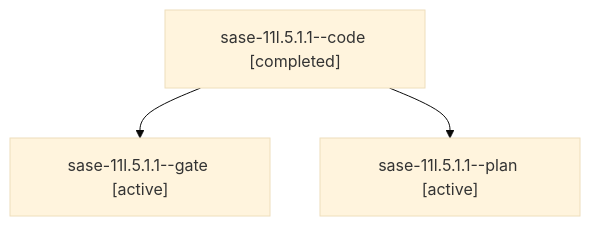
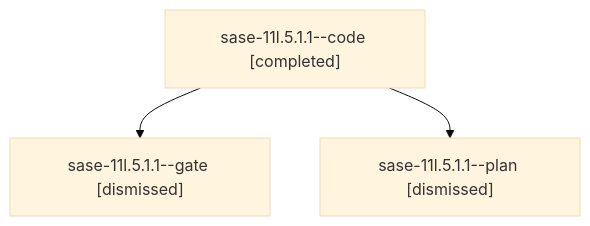
The diagram in sessions/bbugyi200.athena.sase-11l.5.1.1.md (sase-org/sase--agents), drawn with Mermaid (base theme) before and after one commit. The commit also changed other lines of this file and 204 other files, not shown here.

````diff
--- a/sessions/bbugyi200.athena.sase-11l.5.1.1.md
+++ b/sessions/bbugyi200.athena.sase-11l.5.1.1.md
@@ -9,8 +9,8 @@
 ```mermaid
 flowchart TD
   n0["sase-11l.5.1.1--code [completed]"]
-  n1["sase-11l.5.1.1--gate [active]"]
+  n1["sase-11l.5.1.1--gate [dismissed]"]
   n0 --> n1
-  n2["sase-11l.5.1.1--plan [active]"]
+  n2["sase-11l.5.1.1--plan [dismissed]"]
   n0 --> n2
 ```
````
